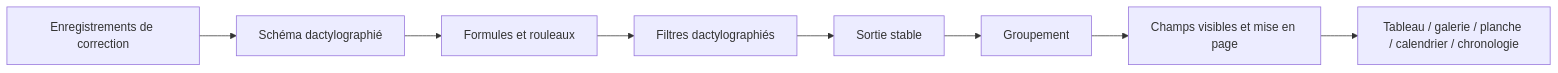
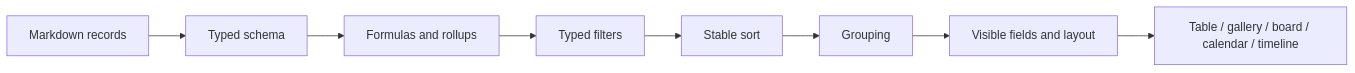
The diagram in docs/engineering-fr/domains/database-views-planning.md (ismigar/Gnosi), drawn with Mermaid before and after one commit. The commit also changed other lines of this file and 391 other files, not shown here.

````diff
--- a/docs/engineering-fr/domains/database-views-planning.md
+++ b/docs/engineering-fr/domains/database-views-planning.md
@@ -75,10 +133,10 @@
 ```mermaid
 flowchart LR
-    Pages["Enregistrements de correction"] --> Schema["Schéma dactylographié"]
-    Schema --> Derived["Formules et rouleaux"]
-    Derived --> Filter["Filtres dactylographiés"]
-    Filter --> Sort["Sortie stable"]
-    Sort --> Group["Groupement"]
-    Group --> Projection["Champs visibles et mise en page"]
-    Projection --> Table["Tableau / galerie / planche / calendrier / chronologie"]
+    Pages["Markdown records"] --> Schema["Typed schema"]
+    Schema --> Derived["Formulas and rollups"]
+    Derived --> Filter["Typed filters"]
+    Filter --> Sort["Stable sort"]
+    Sort --> Group["Grouping"]
+    Group --> Projection["Visible fields and layout"]
+    Projection --> Table["Table / gallery / board / calendar / timeline"]
 ```
````
